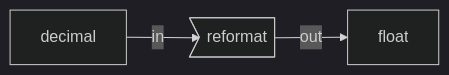
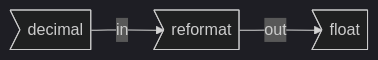
Before and after one commit to Heinzad/heinzad.github.io: the second of 2 diagrams in _posts/2022-11-02-column-transformations-with-t-sql.md, drawn with Mermaid (dark theme). The commit also changed other lines of this file, not shown here.

````diff
--- a/_posts/2022-11-02-column-transformations-with-t-sql.md
+++ b/_posts/2022-11-02-column-transformations-with-t-sql.md
@@ -89,5 +89,5 @@
 ```mermaid 
 graph LR; 
-A[decimal]--in-->T>reformat]; 
-T-- out -->B[float];
+A>decimal]-- in -->T>reformat]; 
+T-- out -->B>float];
 ``` 
````
